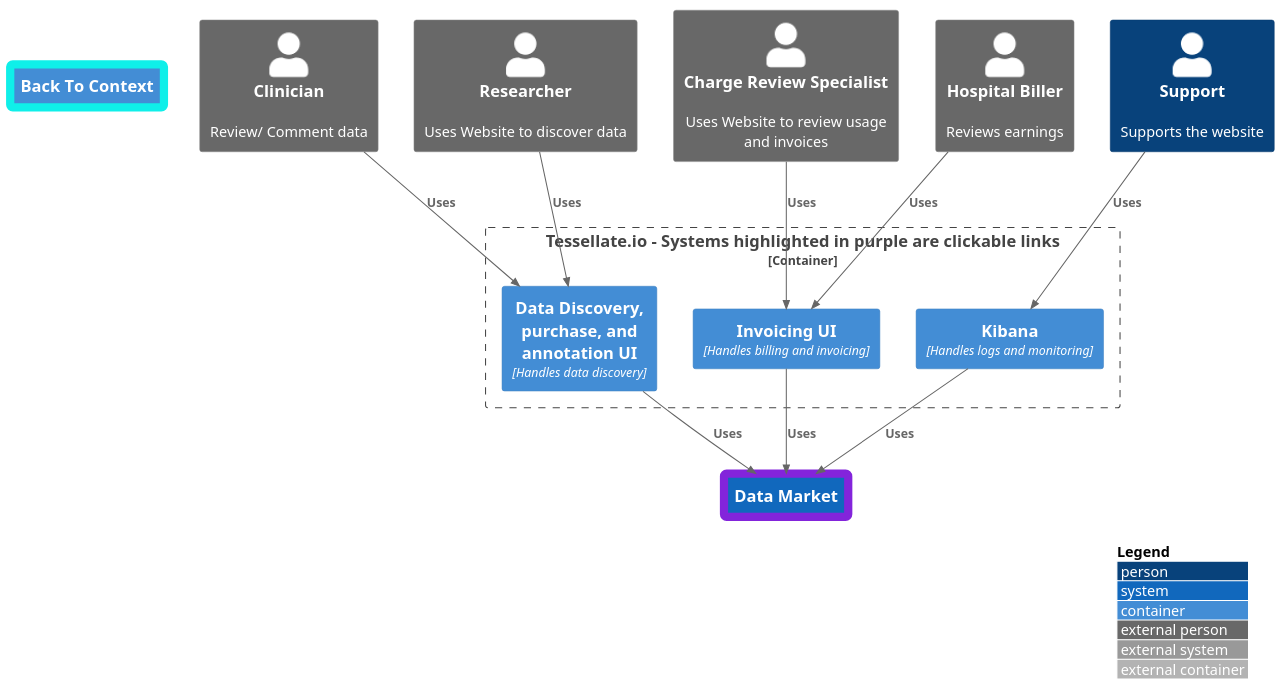
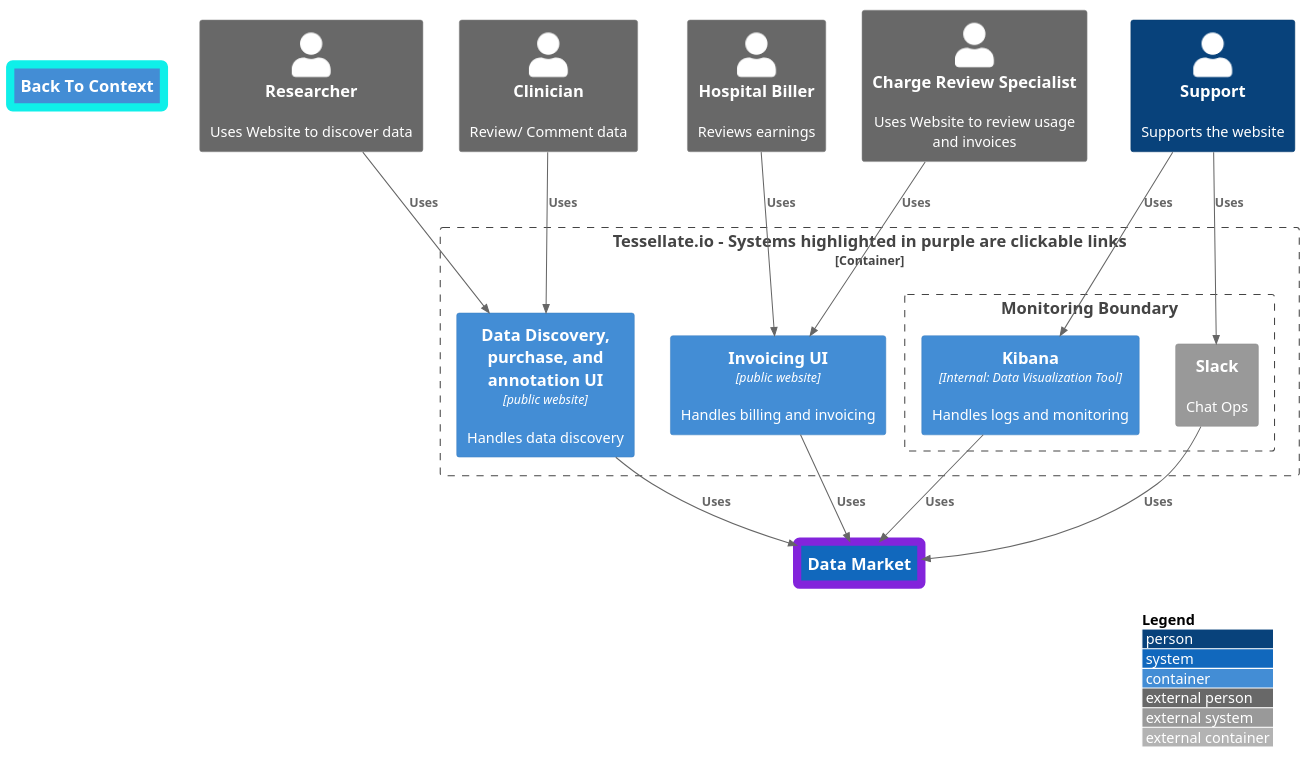
One commit to migueladelvalle/SE577-684-SP-23-24-final-project changed the diagram in ArchitectureModel/TessellateIOContainer.puml. Above: the diagram before and after it, drawn with PlantUML. The commit also changed 12 other files, not shown here.

Commit message:
Added additional detail to architecture Diagrams

```diff
--- a/ArchitectureModel/TessellateIOContainer.puml
+++ b/ArchitectureModel/TessellateIOContainer.puml
@@ -1,35 +1,41 @@
 @startuml
 !include ./C4_Container.puml
 
 LAYOUT_WITH_LEGEND()
 
 AddElementTag("lowerLevelLink", $borderColor="8324db",$borderThickness="8")
 AddElementTag("higherLevelLink", $borderColor="0fefe9ff",$borderThickness="8")
 
 Container(back, "Back To Context", $link="./ContextDiagram.puml", $tags="higherLevelLink")
 
 Person_Ext(clinician, "Clinician", "Review/ Comment data")
 Person_Ext(billers, "Hospital Biller","Reviews earnings")
 Person_Ext(researcher, "Researcher", "Uses Website to discover data")
 Person_Ext(reviewer, "Charge Review Specialist", "Uses Website to review usage and invoices")
 System(datamarket, "Data Market",$link="./DataMarketContainer.puml", $tags="lowerLevelLink")
 Person(support, "Support", "Supports the website")
 
 Container_Boundary(website, "Tessellate.io - Systems highlighted in purple are clickable links", "The boundary of the system"){
-    Container(billing, "Invoicing UI", "Handles billing and invoicing")
-    Container(query, "Data Discovery, purchase, and annotation UI", "Handles data discovery")
-    Container(logs, "Kibana", "Handles logs and monitoring")
+    Container(billing, "Invoicing UI","public website", "Handles billing and invoicing")
+    Container(query, "Data Discovery, purchase, and annotation UI", "public website","Handles data discovery")
+
+    Boundary(monitor,"Monitoring Boundary"){
+        Container(logs, "Kibana", "Internal: Data Visualization Tool","Handles logs and monitoring")
+        System_Ext(slack, "Slack", "Chat Ops")
+    }
+
 }
 
 Rel(clinician, query, "Uses")
 Rel(researcher, query, "Uses")
 Rel(billers, billing, "Uses")
 Rel(reviewer, billing, "Uses")
 Rel(query, datamarket, "Uses")
 Rel(billing, datamarket, "Uses")
 Rel(logs, datamarket, "Uses")
 Rel(support, logs, "Uses")
-
+Rel(support, slack, "Uses")
+Rel(slack, datamarket, "Uses")
 
 
 @enduml
```
